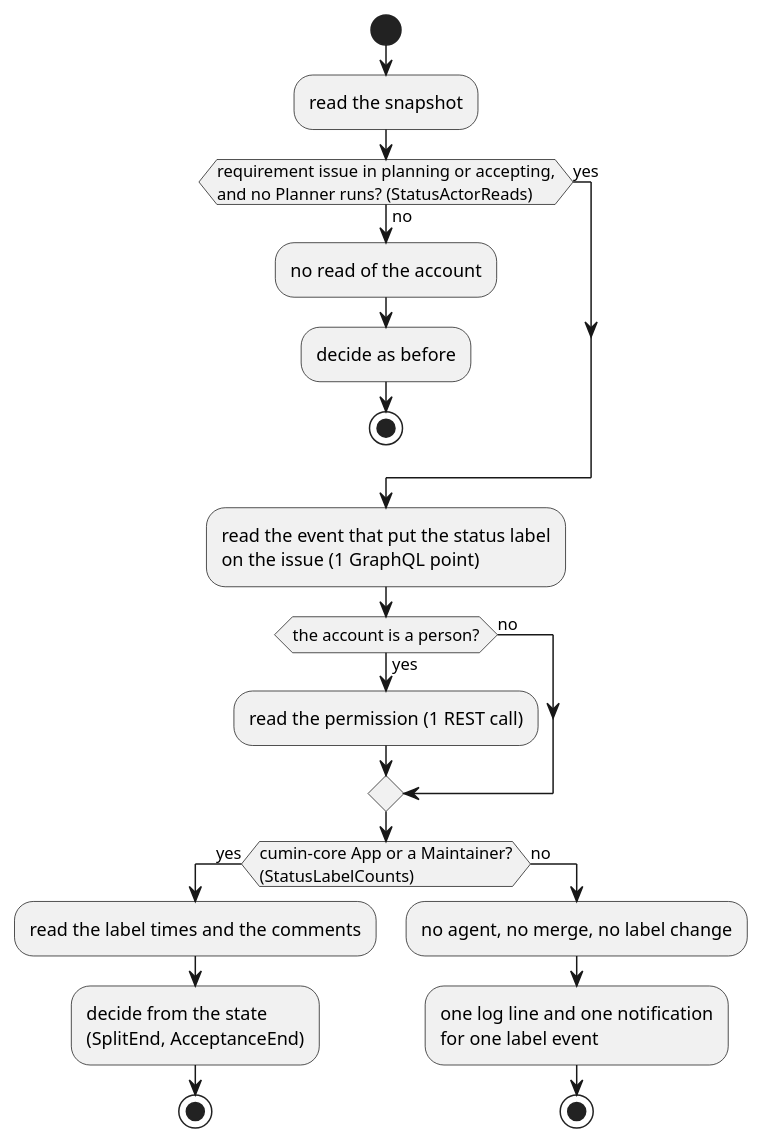
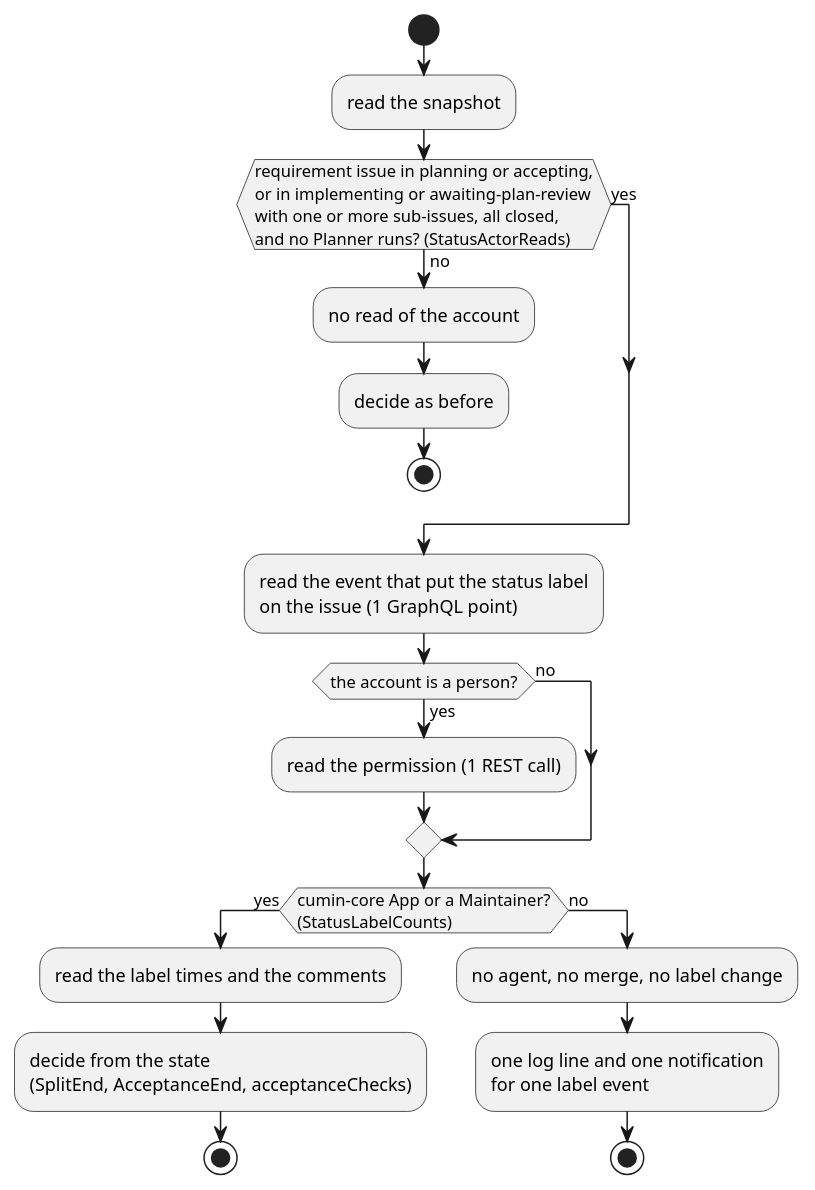
Before and after one commit to cloveclovedev/cumin-works: the diagram in docs/ja/designs/poll-status-actor.puml, drawn with PlantUML. The commit also changed 11 other files, not shown here.

First line of the commit message:
fix(workflow): check the account of the status label before the acceptance check is requested (#739)

```diff
--- a/docs/ja/designs/poll-status-actor.puml
+++ b/docs/ja/designs/poll-status-actor.puml
@@ -1,30 +1,30 @@
 @startuml poll-status-actor
 ' cumin works - the check of the account that added a status label.
 ' Document: poll.md, section on the account of a status label.
 ' Render: run scripts/render-diagrams.sh at the root of the repository.
 skinparam shadowing false
 skinparam defaultFontName sans-serif
 
 start
 :read the snapshot;
-if (requirement issue in planning or accepting,\nand no Planner runs? (StatusActorReads)) then (no)
+if (requirement issue in planning or accepting,\nor in implementing or awaiting-plan-review\nwith one or more sub-issues, all closed,\nand no Planner runs? (StatusActorReads)) then (no)
   :no read of the account;
   :decide as before;
   stop
 else (yes)
 endif
 :read the event that put the status label\non the issue (1 GraphQL point);
 if (the account is a person?) then (yes)
   :read the permission (1 REST call);
 else (no)
 endif
 if (cumin-core App or a Maintainer?\n(StatusLabelCounts)) then (yes)
   :read the label times and the comments;
-  :decide from the state\n(SplitEnd, AcceptanceEnd);
+  :decide from the state\n(SplitEnd, AcceptanceEnd, acceptanceChecks);
   stop
 else (no)
   :no agent, no merge, no label change;
   :one log line and one notification\nfor one label event;
   stop
 endif
 @enduml
```
